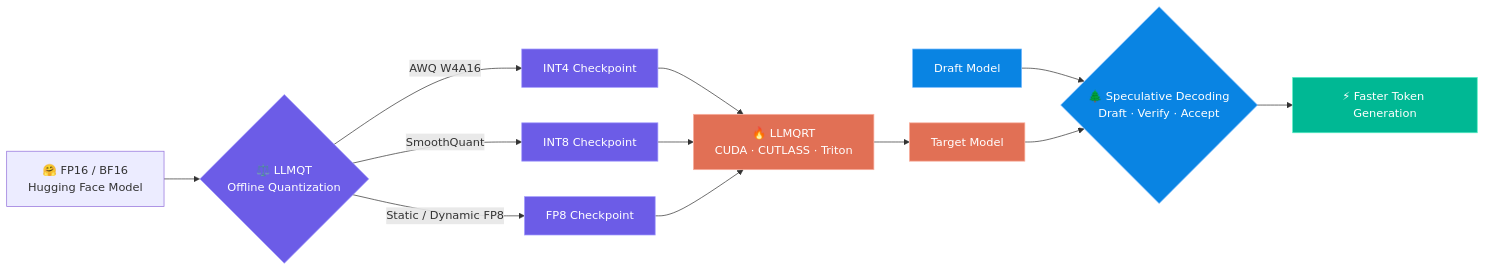
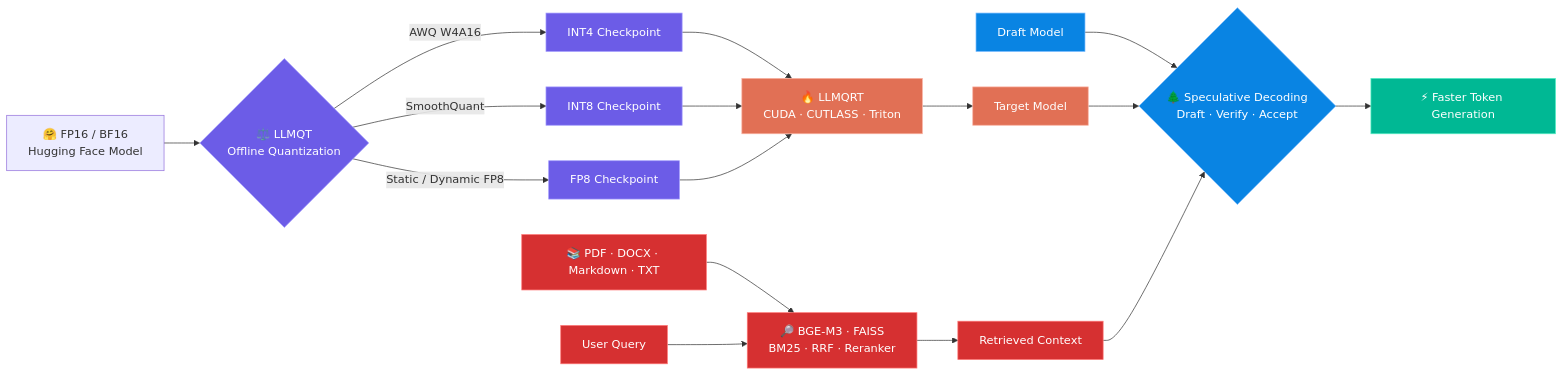
One commit to VN-BVB/LLMRQT-SDv1 changed the first of 3 diagrams in Readme.md. Above: the diagram before and after it, drawn with Mermaid. The commit also changed other lines of this file and 1 other file, not shown here.

````diff
--- a/Readme.md
+++ b/Readme.md
@@ -49,25 +50,32 @@
 ```mermaid
 flowchart LR
     A["🤗 FP16 / BF16<br/>Hugging Face Model"] --> B{"⚖️ LLMQT<br/>Offline Quantization"}
     B -->|AWQ W4A16| C1["INT4 Checkpoint"]
     B -->|SmoothQuant| C2["INT8 Checkpoint"]
     B -->|Static / Dynamic FP8| C3["FP8 Checkpoint"]
 
     C1 --> D["🔥 LLMQRT<br/>CUDA · CUTLASS · Triton"]
     C2 --> D
     C3 --> D
 
     D --> E["Target Model"]
     F["Draft Model"] --> G{"🌲 Speculative Decoding<br/>Draft · Verify · Accept"}
     E --> G
     G --> H["⚡ Faster Token Generation"]
 
+    K["📚 PDF · DOCX · Markdown · TXT"] --> I["🔎 BGE-M3 · FAISS<br/>BM25 · RRF · Reranker"]
+    Q["User Query"] --> I
+    I --> P["Retrieved Context"]
+    P --> G
+
     classDef quant fill:#6C5CE7,color:#fff,stroke:#A29BFE
     classDef runtime fill:#E17055,color:#fff,stroke:#FAB1A0
     classDef spec fill:#0984E3,color:#fff,stroke:#74B9FF
     classDef output fill:#00B894,color:#fff,stroke:#55EFC4
+    classDef rag fill:#D63031,color:#fff,stroke:#FF7675
     class B,C1,C2,C3 quant
     class D,E runtime
     class F,G spec
     class H output
+    class K,I,Q,P rag
 ```
````
